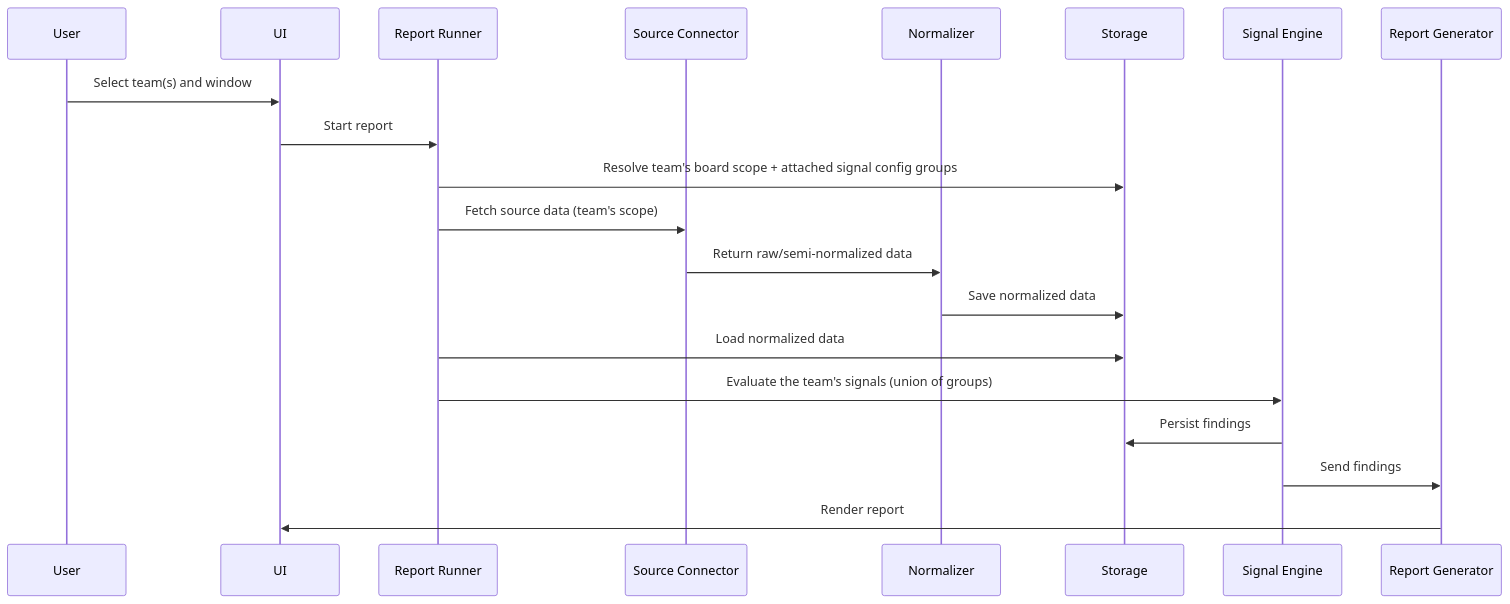
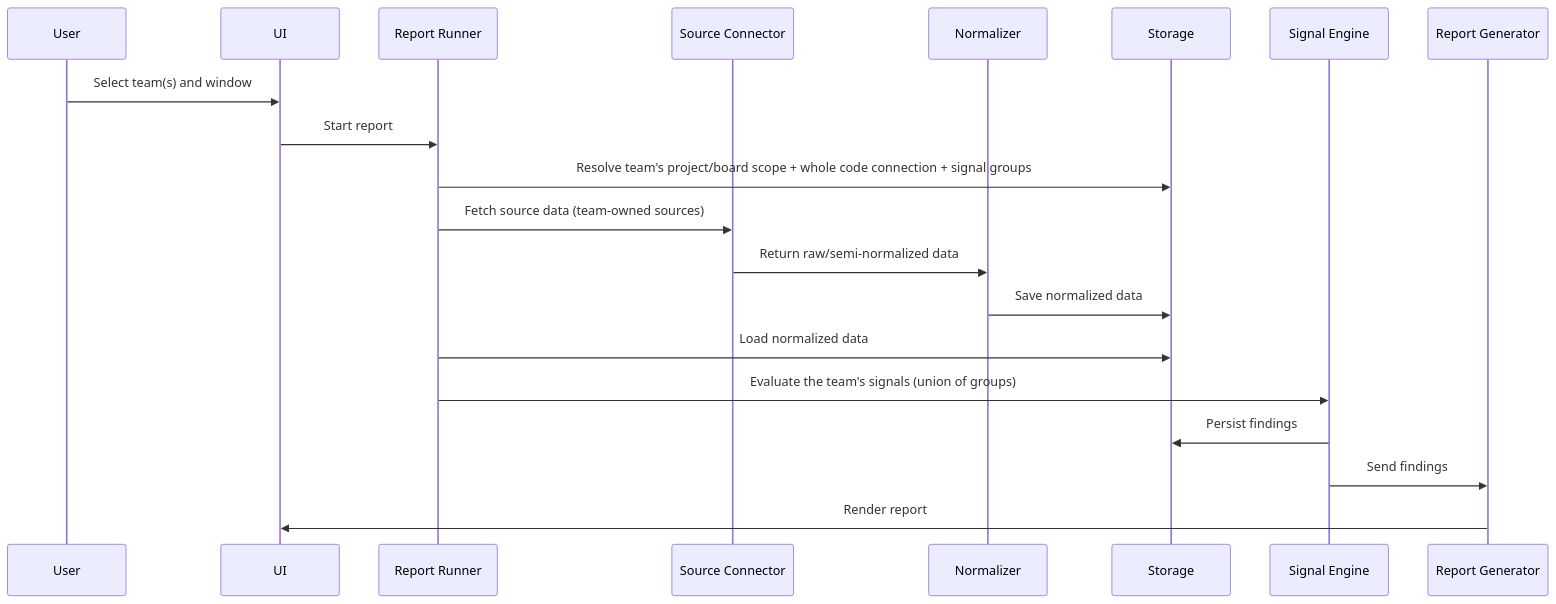
Before and after one commit to serdartas/em-radar: the second of 8 diagrams in docs/03-architecture-overview.md, drawn with Mermaid. The commit also changed other lines of this file and 39 other files, not shown here.

````diff
--- a/docs/03-architecture-overview.md
+++ b/docs/03-architecture-overview.md
@@ -532,23 +545,23 @@
 ```mermaid
 sequenceDiagram
     participant User
     participant UI
     participant Runner as Report Runner
     participant Connector as Source Connector
     participant Normalizer
     participant Store as Storage
     participant Engine as Signal Engine
     participant Report as Report Generator
 
     User->>UI: Select team(s) and window
     UI->>Runner: Start report
-    Runner->>Store: Resolve team's board scope + attached signal config groups
-    Runner->>Connector: Fetch source data (team's scope)
+    Runner->>Store: Resolve team's project/board scope + whole code connection + signal groups
+    Runner->>Connector: Fetch source data (team-owned sources)
     Connector->>Normalizer: Return raw/semi-normalized data
     Normalizer->>Store: Save normalized data
     Runner->>Store: Load normalized data
     Runner->>Engine: Evaluate the team's signals (union of groups)
     Engine->>Store: Persist findings
     Engine->>Report: Send findings
     Report->>UI: Render report
 ```
````
